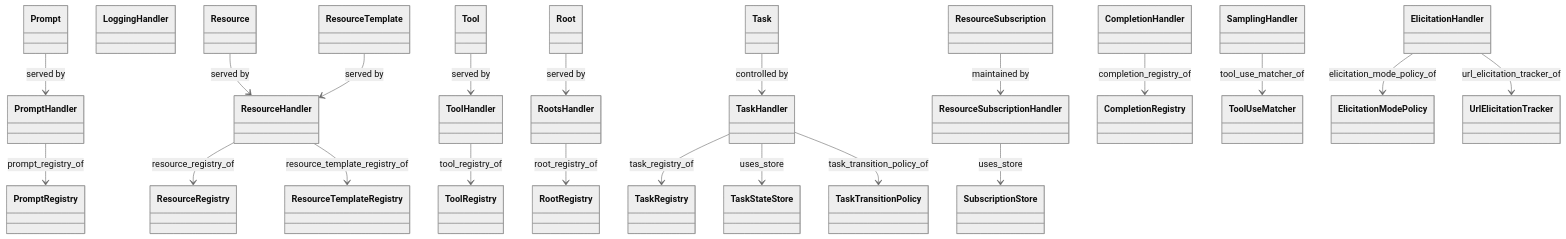
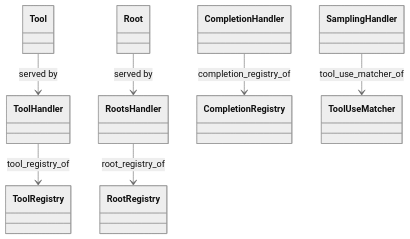
One commit to quenio/ATN changed the seventh of 11 diagrams in Examples/Protocols/ModelContextProtocol/MCP-2025-11-25.design.md. Above: the diagram before and after it, drawn with Mermaid (neutral theme). The commit also changed other lines of this file and 1 other file, not shown here.

Commit message:
Limit design diagrams to focused class groups

````diff
--- a/Examples/Protocols/ModelContextProtocol/MCP-2025-11-25.design.md
+++ b/Examples/Protocols/ModelContextProtocol/MCP-2025-11-25.design.md
@@ -141,54 +189,20 @@
 ```mermaid
 classDiagram
-    class PromptHandler
-    class ResourceHandler
-    class ResourceSubscriptionHandler
     class ToolHandler
     class CompletionHandler
-    class LoggingHandler
     class RootsHandler
-    class SamplingHandler
-    class ElicitationHandler
-    class TaskHandler
-    class PromptRegistry
-    class ResourceRegistry
-    class ResourceTemplateRegistry
     class ToolRegistry
     class CompletionRegistry
     class RootRegistry
-    class TaskRegistry
-    class SubscriptionStore
-    class TaskStateStore
-    class ToolUseMatcher
-    class TaskTransitionPolicy
-    class ElicitationModePolicy
-    class UrlElicitationTracker
-    class Prompt
-    class Resource
-    class ResourceTemplate
     class Tool
     class Root
-    class Task
-    class ResourceSubscription
+    class ToolUseMatcher
+    class SamplingHandler
 
-    PromptHandler --> PromptRegistry : prompt_registry_of
-    ResourceHandler --> ResourceRegistry : resource_registry_of
-    ResourceHandler --> ResourceTemplateRegistry : resource_template_registry_of
-    ResourceSubscriptionHandler --> SubscriptionStore : uses_store
     ToolHandler --> ToolRegistry : tool_registry_of
     CompletionHandler --> CompletionRegistry : completion_registry_of
     RootsHandler --> RootRegistry : root_registry_of
-    SamplingHandler --> ToolUseMatcher : tool_use_matcher_of
-    ElicitationHandler --> ElicitationModePolicy : elicitation_mode_policy_of
-    ElicitationHandler --> UrlElicitationTracker : url_elicitation_tracker_of
-    TaskHandler --> TaskRegistry : task_registry_of
-    TaskHandler --> TaskStateStore : uses_store
-    TaskHandler --> TaskTransitionPolicy : task_transition_policy_of
-    Prompt --> PromptHandler : served by
-    Resource --> ResourceHandler : served by
-    ResourceTemplate --> ResourceHandler : served by
     Tool --> ToolHandler : served by
     Root --> RootsHandler : served by
-    Task --> TaskHandler : controlled by
-    ResourceSubscription --> ResourceSubscriptionHandler : maintained by
+    SamplingHandler --> ToolUseMatcher : tool_use_matcher_of
 ```
````
